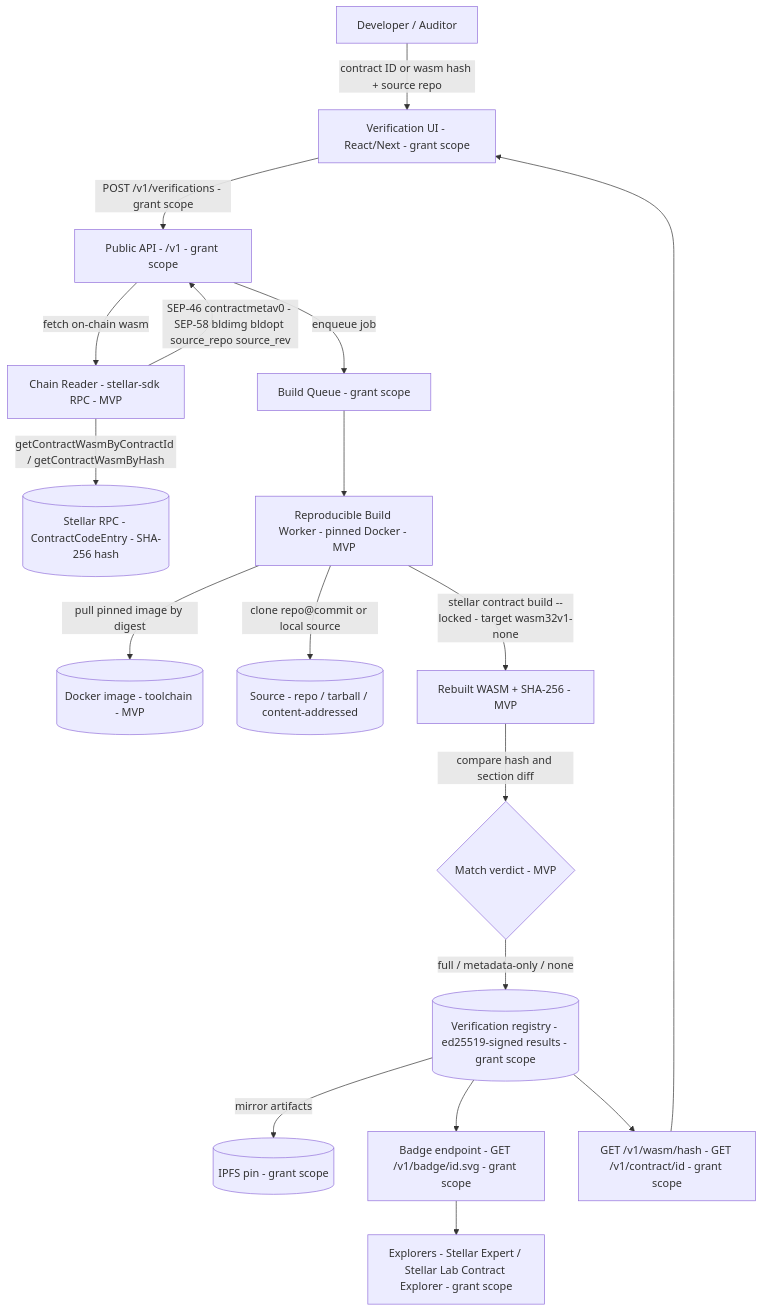
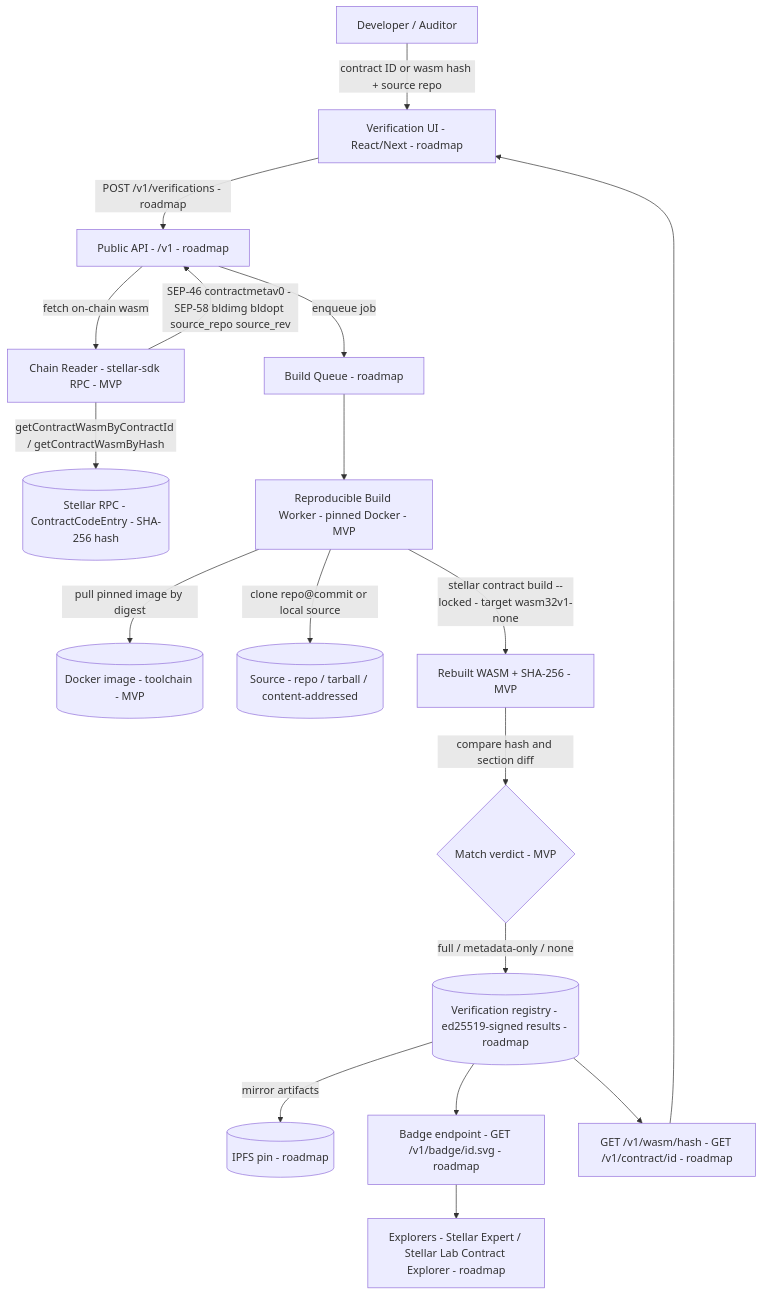
Before and after one commit to bleu/scf-contract-source-verification: the diagram in README.md, drawn with Mermaid. The commit also changed other lines of this file and 4 other files, not shown here.

First line of the commit message:
Replace proposal doc with neutral architecture & roadmap doc

````diff
--- a/README.md
+++ b/README.md
@@ -55,20 +54,20 @@
 ```mermaid
 flowchart TD
-    Dev[Developer / Auditor] -->|contract ID or wasm hash + source repo| UI[Verification UI - React/Next - grant scope]
-    UI -->|POST /v1/verifications - grant scope| API[Public API - /v1 - grant scope]
-    API -->|enqueue job| Q[Build Queue - grant scope]
+    Dev[Developer / Auditor] -->|contract ID or wasm hash + source repo| UI[Verification UI - React/Next - roadmap]
+    UI -->|POST /v1/verifications - roadmap| API[Public API - /v1 - roadmap]
+    API -->|enqueue job| Q[Build Queue - roadmap]
     API -->|fetch on-chain wasm| Reader[Chain Reader - stellar-sdk RPC - MVP]
     Reader -->|getContractWasmByContractId / getContractWasmByHash| RPC[(Stellar RPC - ContractCodeEntry - SHA-256 hash)]
     Reader -->|SEP-46 contractmetav0 - SEP-58 bldimg bldopt source_repo source_rev| API
     Q --> Worker[Reproducible Build Worker - pinned Docker - MVP]
     Worker -->|pull pinned image by digest| Docker[(Docker image - toolchain - MVP)]
     Worker -->|clone repo@commit or local source| Git[(Source - repo / tarball / content-addressed)]
     Worker -->|stellar contract build --locked - target wasm32v1-none| WASM[Rebuilt WASM + SHA-256 - MVP]
     WASM -->|compare hash and section diff| Match{Match verdict - MVP}
-    Match -->|full / metadata-only / none| DB[(Verification registry - ed25519-signed results - grant scope)]
-    DB -->|mirror artifacts| IPFS[(IPFS pin - grant scope)]
-    DB --> Badge[Badge endpoint - GET /v1/badge/id.svg - grant scope]
-    Badge --> Explorer[Explorers - Stellar Expert / Stellar Lab Contract Explorer - grant scope]
-    DB --> Query[GET /v1/wasm/hash - GET /v1/contract/id - grant scope]
+    Match -->|full / metadata-only / none| DB[(Verification registry - ed25519-signed results - roadmap)]
+    DB -->|mirror artifacts| IPFS[(IPFS pin - roadmap)]
+    DB --> Badge[Badge endpoint - GET /v1/badge/id.svg - roadmap]
+    Badge --> Explorer[Explorers - Stellar Expert / Stellar Lab Contract Explorer - roadmap]
+    DB --> Query[GET /v1/wasm/hash - GET /v1/contract/id - roadmap]
     Query --> UI
 ```
````
